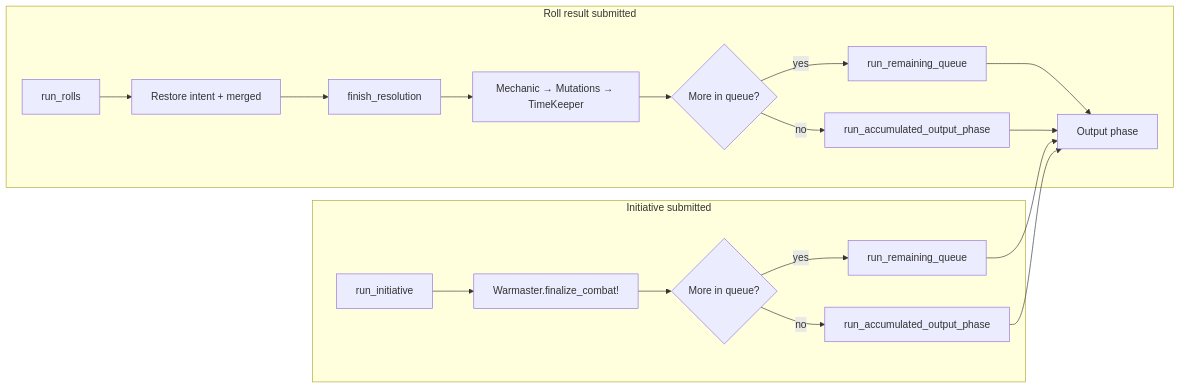
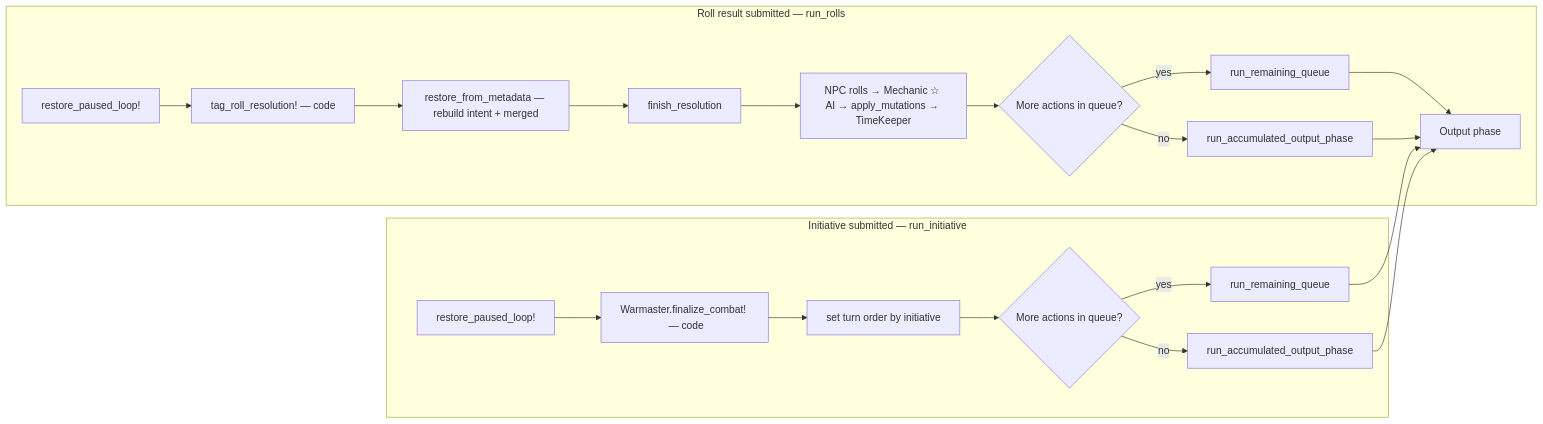
Before and after one commit to Low-Light-Games/ruby-leather-armor: the second of 2 diagrams in docs/pipeline_diagram.md, drawn with Mermaid. The commit also changed other lines of this file and 31 other files, not shown here.

````diff
--- a/docs/pipeline_diagram.md
+++ b/docs/pipeline_diagram.md
@@ -128,22 +186,24 @@
 ```mermaid
 flowchart LR
-    subgraph roll_resume["Roll result submitted"]
-        RR[run_rolls] --> RR1[Restore intent + merged]
-        RR1 --> RR2[finish_resolution]
-        RR2 --> RR3[Mechanic → Mutations → TimeKeeper]
-        RR3 --> RR4{More in queue?}
-        RR4 -->|yes| RR5[run_remaining_queue]
-        RR4 -->|no| RR6[run_accumulated_output_phase]
-        RR5 --> PHASE[Output phase]
-        RR6 --> PHASE
+    subgraph roll_resume["Roll result submitted — run_rolls"]
+        RR[restore_paused_loop!] --> RR1[tag_roll_resolution! — code]
+        RR1 --> RR2[restore_from_metadata — rebuild intent + merged]
+        RR2 --> RR3[finish_resolution]
+        RR3 --> RR4["NPC rolls → Mechanic ☆ AI → apply_mutations → TimeKeeper"]
+        RR4 --> RR5{More actions in queue?}
+        RR5 -->|yes| RR6[run_remaining_queue]
+        RR5 -->|no| RR7[run_accumulated_output_phase]
+        RR6 --> PHASE[Output phase]
+        RR7 --> PHASE
     end
 
-    subgraph init_resume["Initiative submitted"]
-        II[run_initiative] --> II1[Warmaster.finalize_combat!]
-        II1 --> II2{More in queue?}
-        II2 -->|yes| II3[run_remaining_queue]
-        II2 -->|no| II4[run_accumulated_output_phase]
-        II3 --> PHASE
+    subgraph init_resume["Initiative submitted — run_initiative"]
+        II[restore_paused_loop!] --> II1[Warmaster.finalize_combat!  — code]
+        II1 --> II2[set turn order by initiative]
+        II2 --> II3{More actions in queue?}
+        II3 -->|yes| II4[run_remaining_queue]
+        II3 -->|no| II5[run_accumulated_output_phase]
         II4 --> PHASE
+        II5 --> PHASE
     end
 ```
````
